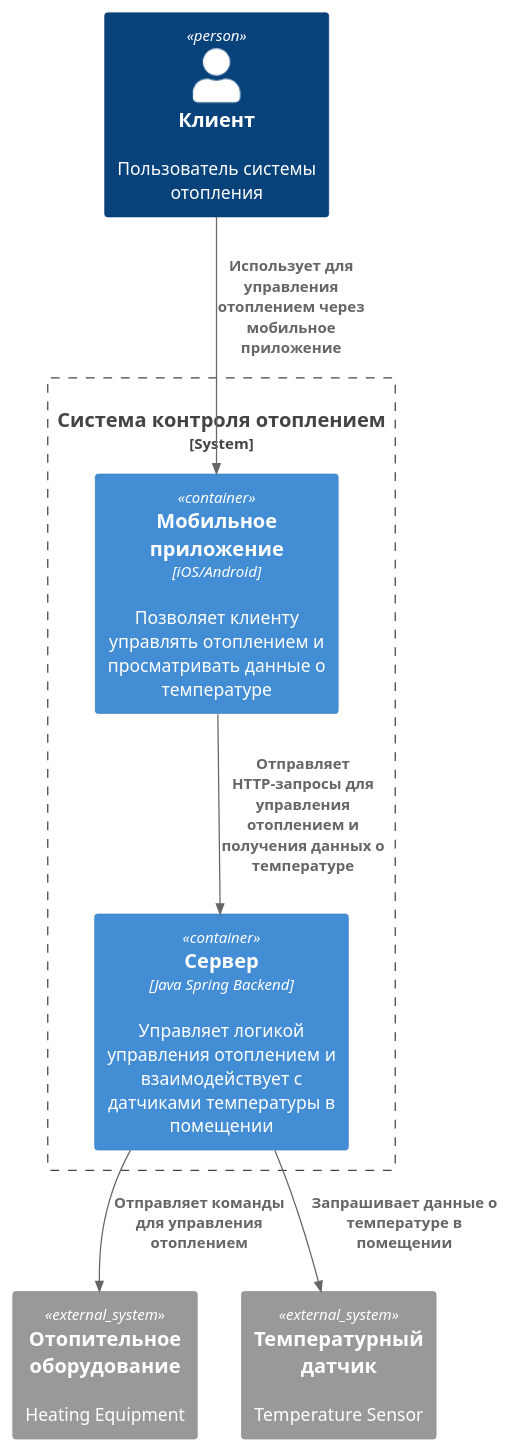
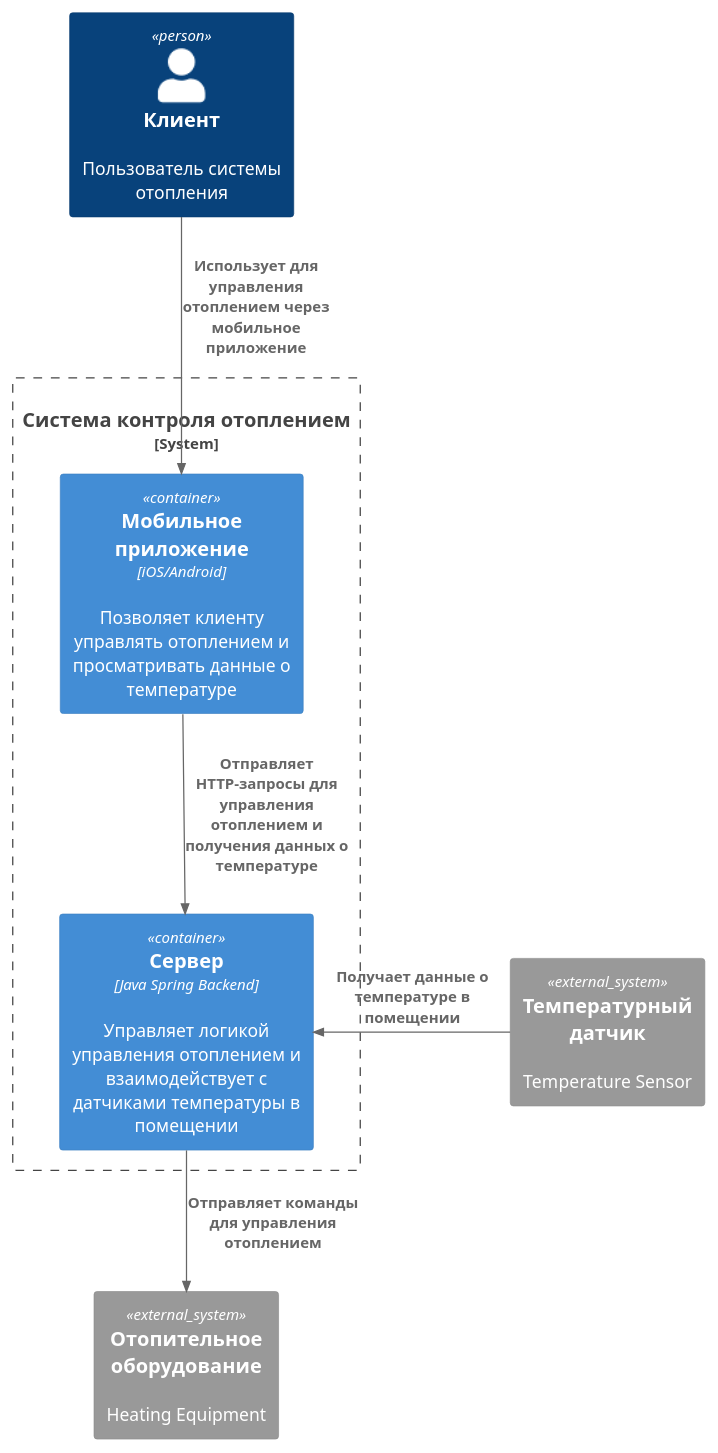
The diagram in smart-home-monolith/diagrams/context/Context_CleverVillageSystem.puml (baydinvladislav/architecture-sprint-3), drawn with PlantUML before and after one commit.

Commit message:
updated context diagram

```diff
--- a/smart-home-monolith/diagrams/context/Context_CleverVillageSystem.puml
+++ b/smart-home-monolith/diagrams/context/Context_CleverVillageSystem.puml
@@ -1,19 +1,19 @@
 @startuml
 !include https://raw.githubusercontent.com/plantuml-stdlib/C4-PlantUML/master/C4_Container.puml
 
 Person(customer, "Клиент", "Пользователь системы отопления")
 
 System_Boundary(monolith, "Система контроля отоплением") {
     Container(server, "Сервер", "Java Spring Backend", "Управляет логикой управления отоплением и взаимодействует с датчиками температуры в помещении")
     Container(mobile_app, "Мобильное приложение", "iOS/Android", "Позволяет клиенту управлять отоплением и просматривать данные о температуре")
 }
 
 System_Ext(system, "Отопительное оборудование", "Heating Equipment")
 System_Ext(sensor, "Температурный датчик", "Temperature Sensor")
 
 Rel(customer, mobile_app, "Использует для управления отоплением через мобильное приложение")
 Rel(mobile_app, server, "Отправляет HTTP-запросы для управления отоплением и получения данных о температуре")
 Rel(server, system, "Отправляет команды для управления отоплением")
-Rel(server, sensor, "Запрашивает данные о температуре в помещении")
+Rel_L(sensor, server, "Получает данные о температуре в помещении")
 
 @enduml
```
